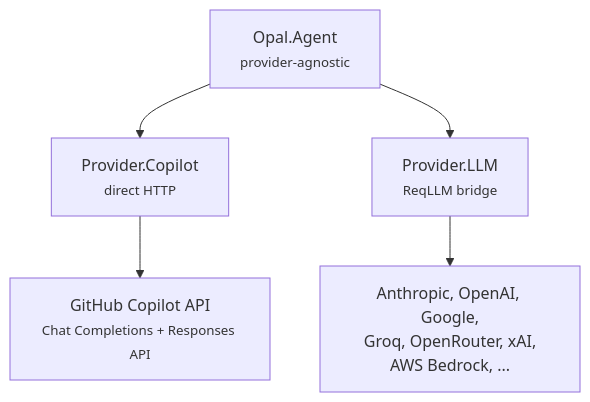
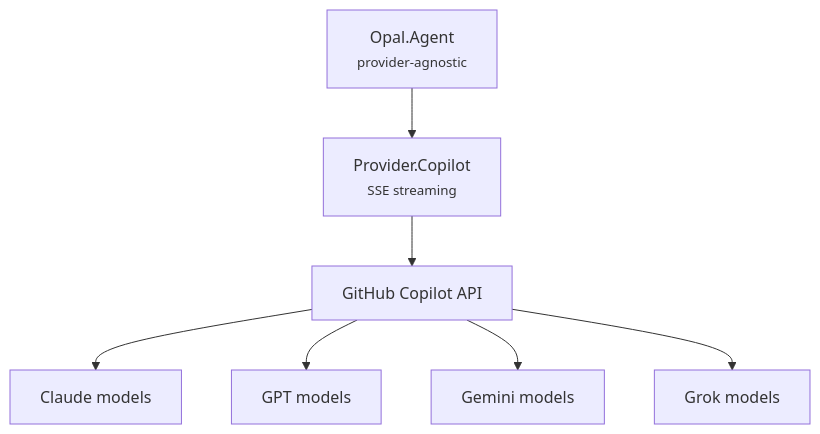
One commit to matteing/opal changed the diagram in docs/providers.md. Above: the diagram before and after it, drawn with Mermaid. The commit also changed other lines of this file and 22 other files, not shown here.

````diff
--- a/docs/providers.md
+++ b/docs/providers.md
@@ -16,8 +9,10 @@
 ```mermaid
 graph TD
     Agent["Opal.Agent<br/><small>provider-agnostic</small>"]
-    Agent --> Copilot["Provider.Copilot<br/><small>direct HTTP</small>"]
-    Agent --> LLM["Provider.LLM<br/><small>ReqLLM bridge</small>"]
-    Copilot --> CopilotAPI["GitHub Copilot API<br/><small>Chat Completions + Responses API</small>"]
-    LLM --> Others["Anthropic, OpenAI, Google,<br/>Groq, OpenRouter, xAI,<br/>AWS Bedrock, ..."]
+    Agent --> Copilot["Provider.Copilot<br/><small>SSE streaming</small>"]
+    Copilot --> CopilotAPI["GitHub Copilot API"]
+    CopilotAPI --> Claude["Claude models"]
+    CopilotAPI --> GPT["GPT models"]
+    CopilotAPI --> Gemini["Gemini models"]
+    CopilotAPI --> Grok["Grok models"]
 ```
````
